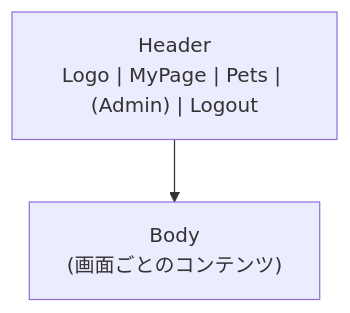
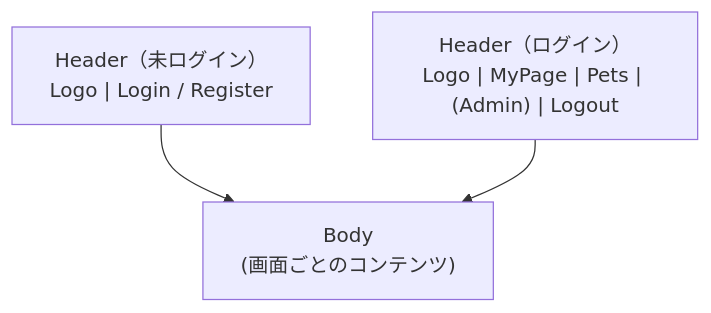
One commit to Cat5Dog2/PetHealthManagement changed the first of 23 diagrams in docs/ui-wireframe.md. Above: the diagram before and after it, drawn with Mermaid. The commit also changed other lines of this file, not shown here.

````diff
--- a/docs/ui-wireframe.md
+++ b/docs/ui-wireframe.md
@@ -3,4 +4,9 @@
 ```mermaid
 flowchart TB
-  Header["Header<br/>Logo | MyPage | Pets | (Admin) | Logout"] --> Body["Body<br/>(画面ごとのコンテンツ)"]
+  HeaderAnon["Header（未ログイン）<br/>Logo | Login / Register"]
+  HeaderAuth["Header（ログイン）<br/>Logo | MyPage | Pets | (Admin) | Logout"]
+  Body["Body<br/>(画面ごとのコンテンツ)"]
+
+  HeaderAnon --> Body
+  HeaderAuth --> Body
 ```
````
